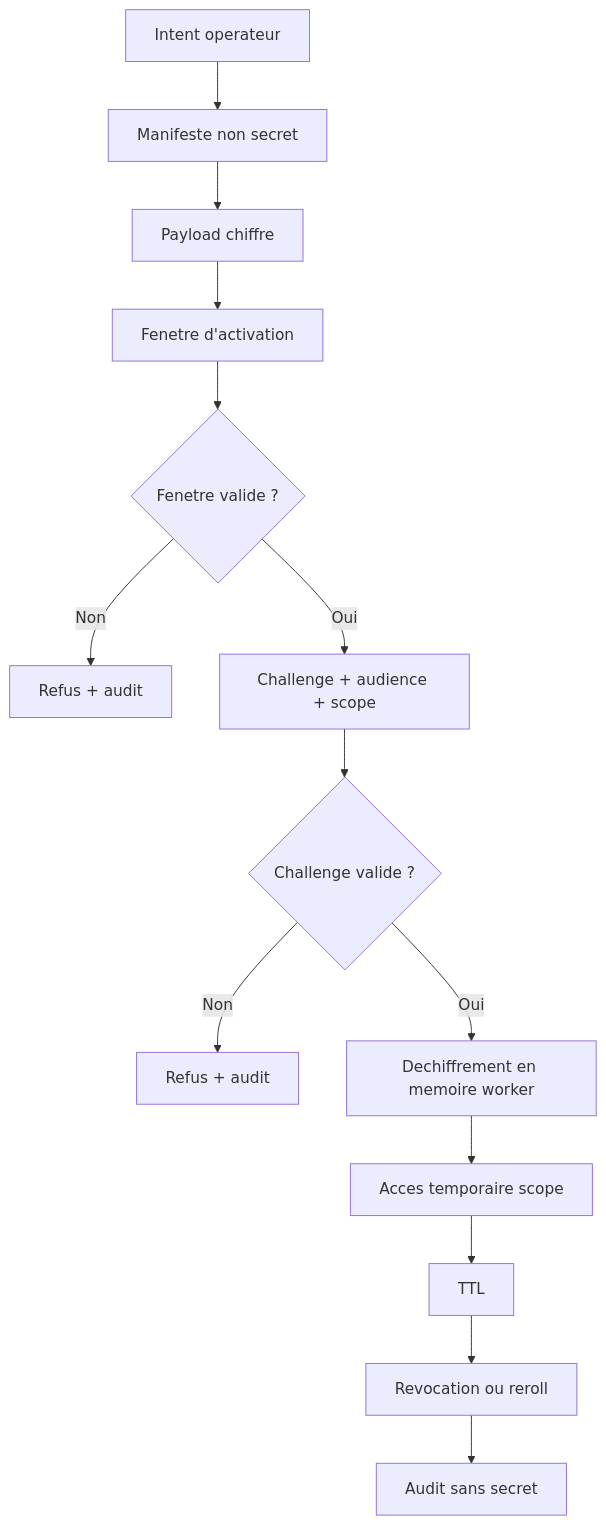
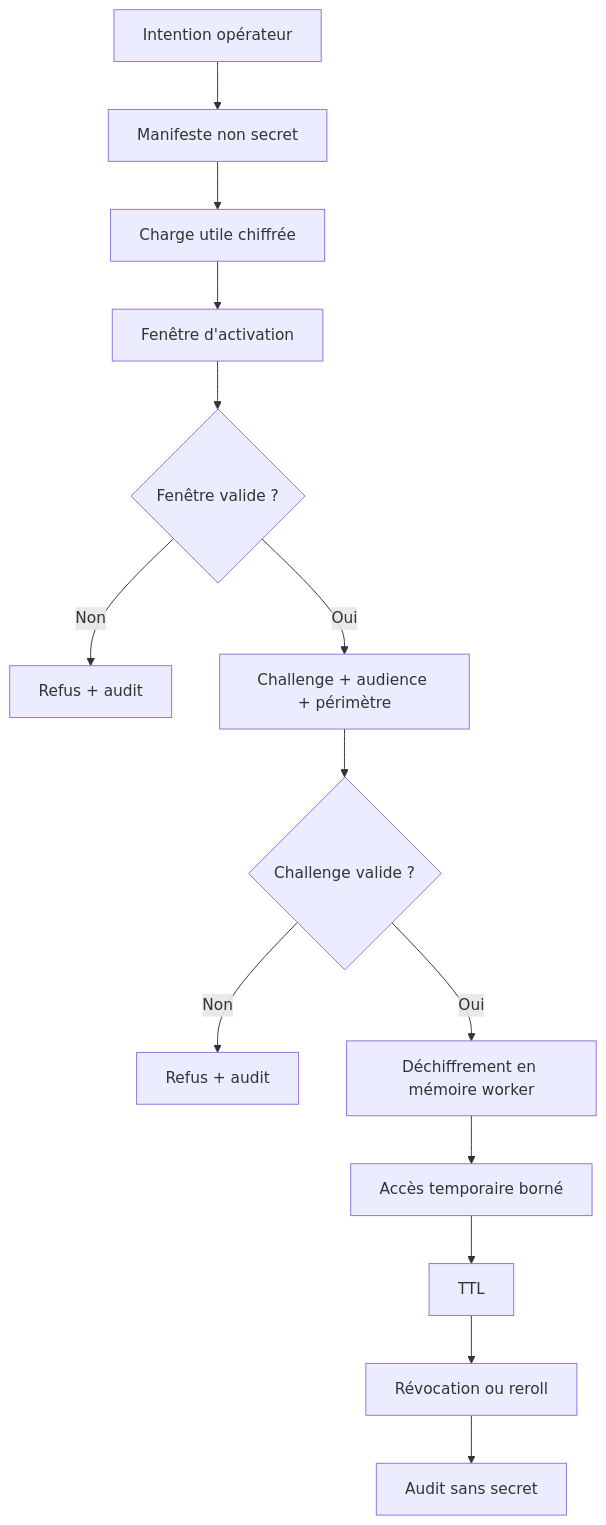
Before and after one commit to Funesterie/alphaonze: the third of 3 diagrams in docs/security/NOSSEN_ADAPTIVE_SECURITY_BRIEF_SANDRO_2026-05-23.md, drawn with Mermaid. The commit also changed other lines of this file, not shown here.

````diff
--- a/docs/security/NOSSEN_ADAPTIVE_SECURITY_BRIEF_SANDRO_2026-05-23.md
+++ b/docs/security/NOSSEN_ADAPTIVE_SECURITY_BRIEF_SANDRO_2026-05-23.md
@@ -196,16 +272,16 @@
 ```mermaid
 flowchart TD
-  A["Intent operateur"] --> B["Manifeste non secret"]
-  B --> C["Payload chiffre"]
-  C --> D["Fenetre d'activation"]
-  D --> E{"Fenetre valide ?"}
+  A["Intention opérateur"] --> B["Manifeste non secret"]
+  B --> C["Charge utile chiffrée"]
+  C --> D["Fenêtre d'activation"]
+  D --> E{"Fenêtre valide ?"}
   E -- "Non" --> X["Refus + audit"]
-  E -- "Oui" --> F["Challenge + audience + scope"]
+  E -- "Oui" --> F["Challenge + audience + périmètre"]
   F --> G{"Challenge valide ?"}
   G -- "Non" --> Y["Refus + audit"]
-  G -- "Oui" --> H["Dechiffrement en memoire worker"]
-  H --> I["Acces temporaire scope"]
+  G -- "Oui" --> H["Déchiffrement en mémoire worker"]
+  H --> I["Accès temporaire borné"]
   I --> J["TTL"]
-  J --> K["Revocation ou reroll"]
+  J --> K["Révocation ou reroll"]
   K --> L["Audit sans secret"]
 ```
````
